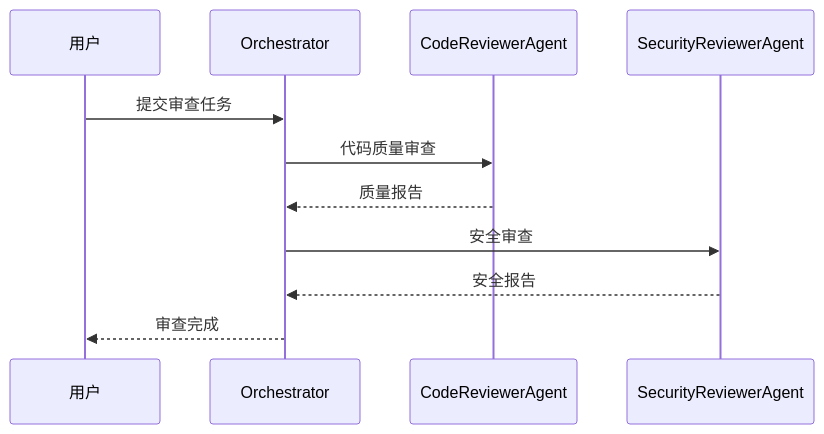
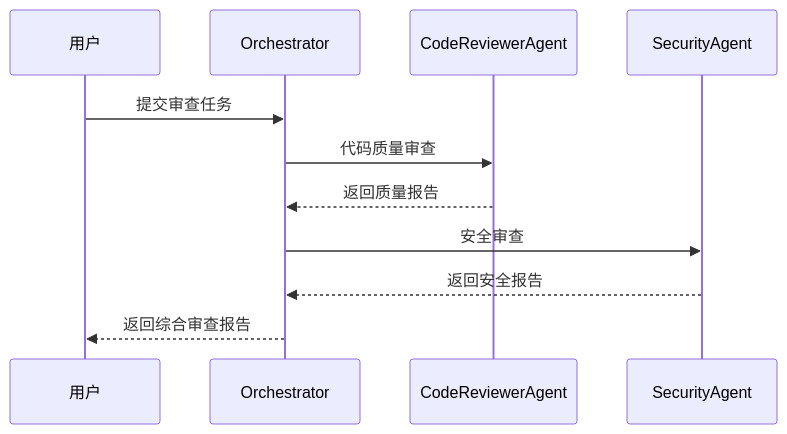
Before and after one commit to VOBC/oh-my-coder: the fourth of 10 diagrams in docs/ARCHITECTURE.md, drawn with Mermaid. The commit also changed other lines of this file and 3 other files, not shown here.

````diff
--- a/docs/ARCHITECTURE.md
+++ b/docs/ARCHITECTURE.md
@@ -207,14 +125,14 @@
 ```mermaid
 sequenceDiagram
     participant U as 用户
     participant O as Orchestrator
-    participant C as CodeReviewerAgent
-    participant S as SecurityReviewerAgent
-    
+    participant CR as CodeReviewerAgent
+    participant SR as SecurityAgent
+
     U->>O: 提交审查任务
-    O->>C: 代码质量审查
-    C-->>O: 质量报告
-    O->>S: 安全审查
-    S-->>O: 安全报告
-    O-->>U: 审查完成
+    O->>CR: 代码质量审查
+    CR-->>O: 返回质量报告
+    O->>SR: 安全审查
+    SR-->>O: 返回安全报告
+    O-->>U: 返回综合审查报告
 ```
````
